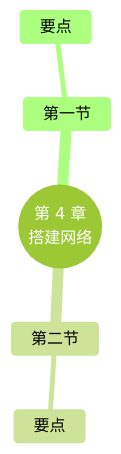
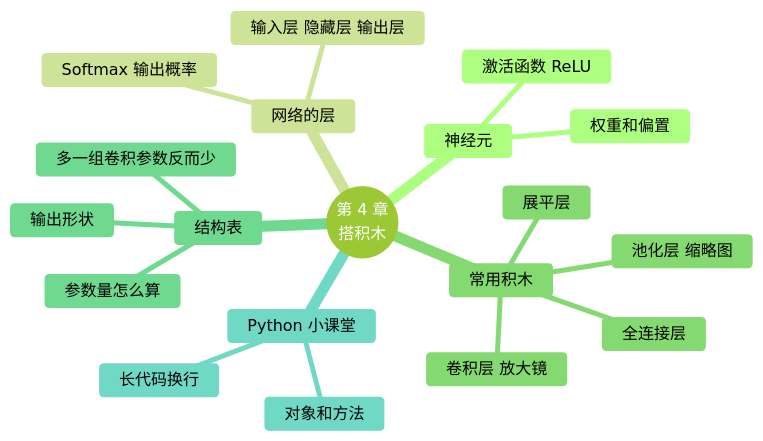
One commit to MingziFu9/ai-frameworks changed the second of 2 diagrams in docs/chapters/04-build-network/index.md. Above: the diagram before and after it, drawn with Mermaid (forest theme). The commit also changed other lines of this file and 18 other files, not shown here.

````diff
--- a/docs/chapters/04-build-network/index.md
+++ b/docs/chapters/04-build-network/index.md
@@ -185,8 +679,22 @@
 ```mermaid
 mindmap
-  root((第 4 章<br/>搭建网络))
-    第一节
-      要点
-    第二节
-      要点
+  root((第 4 章<br/>搭积木))
+    神经元
+      权重和偏置
+      激活函数 ReLU
+    网络的层
+      输入层 隐藏层 输出层
+      Softmax 输出概率
+    常用积木
+      全连接层
+      卷积层 放大镜
+      池化层 缩略图
+      展平层
+    结构表
+      输出形状
+      参数量怎么算
+      多一组卷积参数反而少
+    Python 小课堂
+      对象和方法
+      长代码换行
 ```
````
